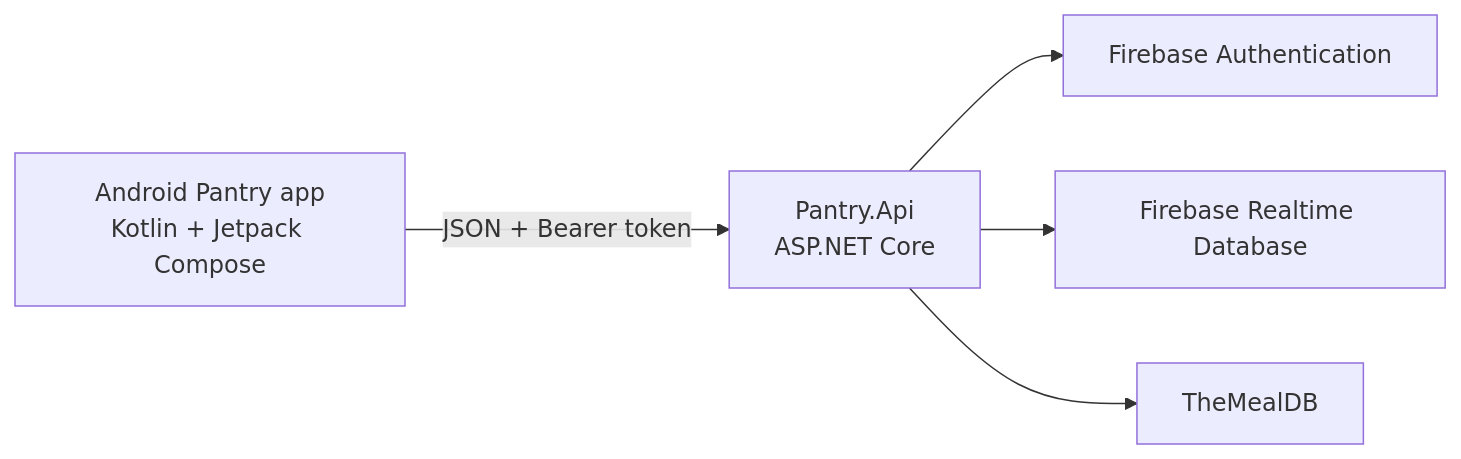
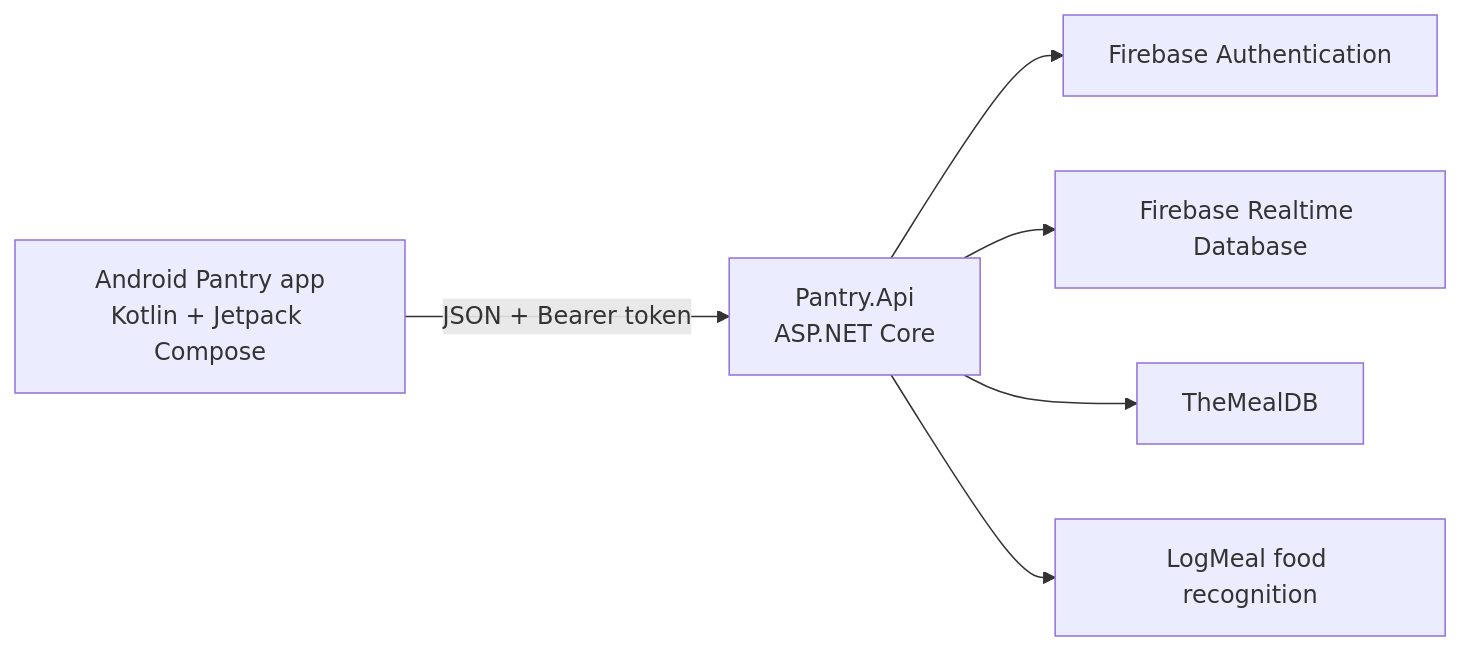
The diagram in README.md (blessing-unlimited/Pantry-API), drawn with Mermaid before and after one commit. The commit also changed other lines of this file, not shown here.

````diff
--- a/README.md
+++ b/README.md
@@ -19,7 +19,8 @@
 ```mermaid
 flowchart LR
   AndroidApp["Android Pantry app<br/>Kotlin + Jetpack Compose"] -->|"JSON + Bearer token"| CustomApi["Pantry.Api<br/>ASP.NET Core"]
   CustomApi --> FirebaseAuth["Firebase Authentication"]
   CustomApi --> FirebaseDb["Firebase Realtime Database"]
   CustomApi --> MealDb["TheMealDB"]
+  CustomApi --> LogMeal["LogMeal food recognition"]
 ```
````
